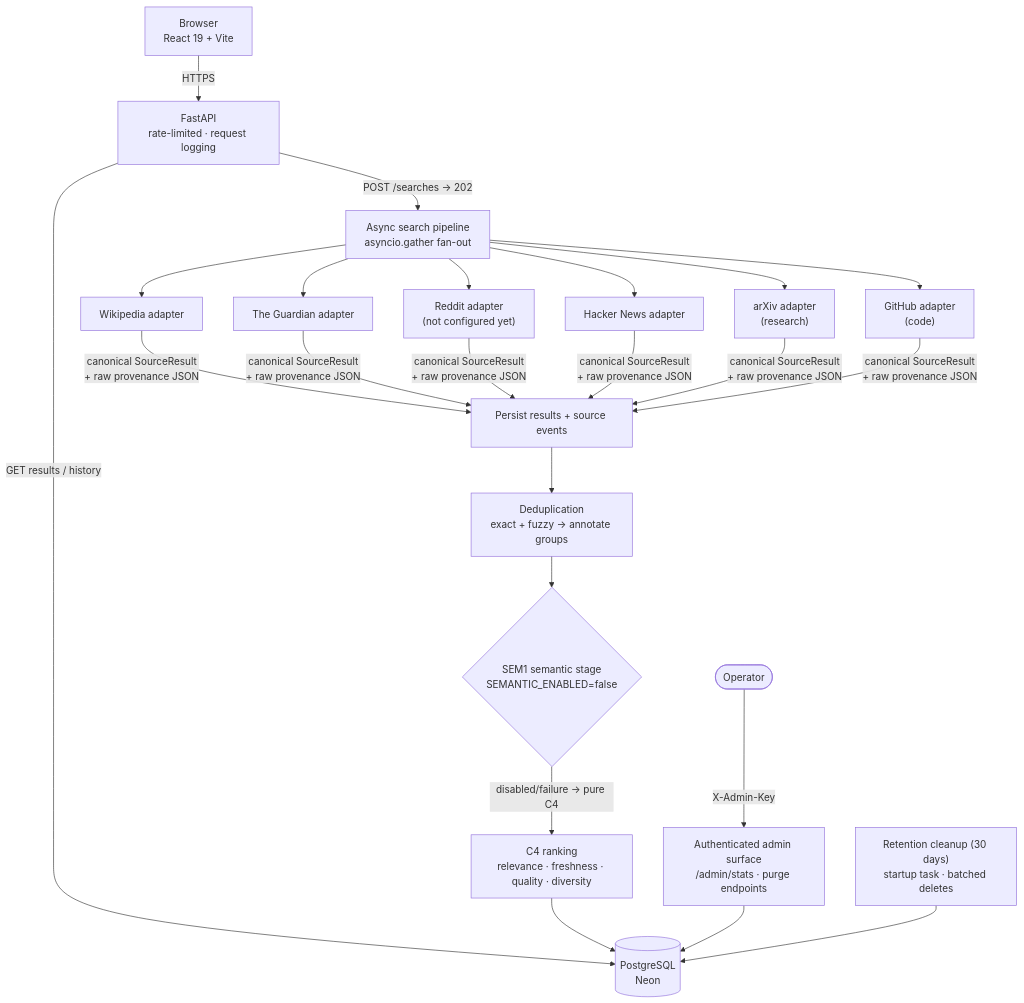
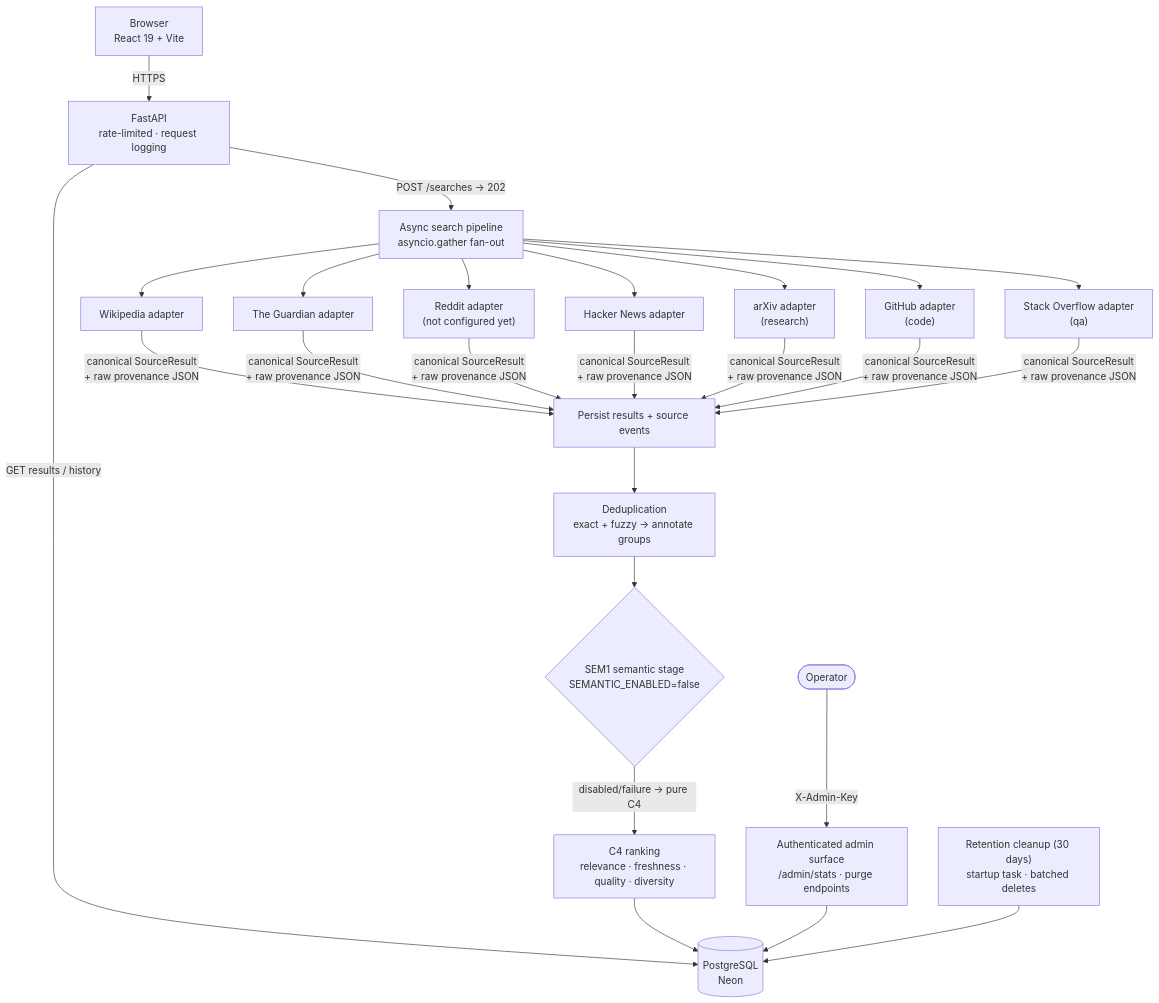
Before and after one commit to sktharunbalaji13-cmd/signalpulse: the diagram in README.md, drawn with Mermaid. The commit also changed other lines of this file and 20 other files, not shown here.

Commit message:
feat(M22.3): add Stack Overflow qa source with gated ranking evidence

````diff
--- a/README.md
+++ b/README.md
@@ -40,26 +40,27 @@
 ```mermaid
 flowchart TB
     B["Browser<br/>React 19 + Vite"] -->|"HTTPS"| API["FastAPI<br/>rate-limited · request logging"]
 
     API -->|"POST /searches → 202"| PIPE["Async search pipeline<br/>asyncio.gather fan-out"]
     API -->|"GET results / history"| DB[("PostgreSQL<br/>Neon")]
 
     PIPE --> W["Wikipedia adapter"]
     PIPE --> G["The Guardian adapter"]
     PIPE --> R["Reddit adapter<br/>(not configured yet)"]
     PIPE --> HN["Hacker News adapter"]
     PIPE --> AX["arXiv adapter<br/>(research)"]
     PIPE --> GH["GitHub adapter<br/>(code)"]
+    PIPE --> SO["Stack Overflow adapter<br/>(qa)"]
 
-    W & G & R & HN & AX & GH -->|"canonical SourceResult<br/>+ raw provenance JSON"| PERSIST["Persist results + source events"]
+    W & G & R & HN & AX & GH & SO -->|"canonical SourceResult<br/>+ raw provenance JSON"| PERSIST["Persist results + source events"]
 
     PERSIST --> DEDUP["Deduplication<br/>exact + fuzzy → annotate groups"]
     DEDUP --> SEM{"SEM1 semantic stage<br/>SEMANTIC_ENABLED=false"}
     SEM -->|"disabled/failure → pure C4"| RANK["C4 ranking<br/>relevance · freshness · quality · diversity"]
     RANK --> DB
 
     ADMIN(["Operator"]) -->|"X-Admin-Key"| SEC["Authenticated admin surface<br/>/admin/stats · purge endpoints"]
     SEC --> DB
 
     CLEANUP["Retention cleanup (30 days)<br/>startup task · batched deletes"] --> DB
 ```
````
